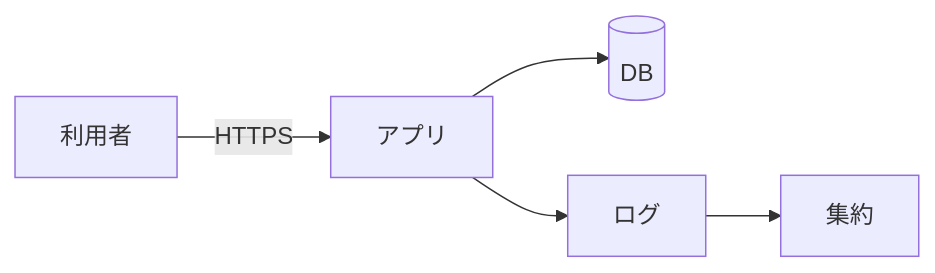
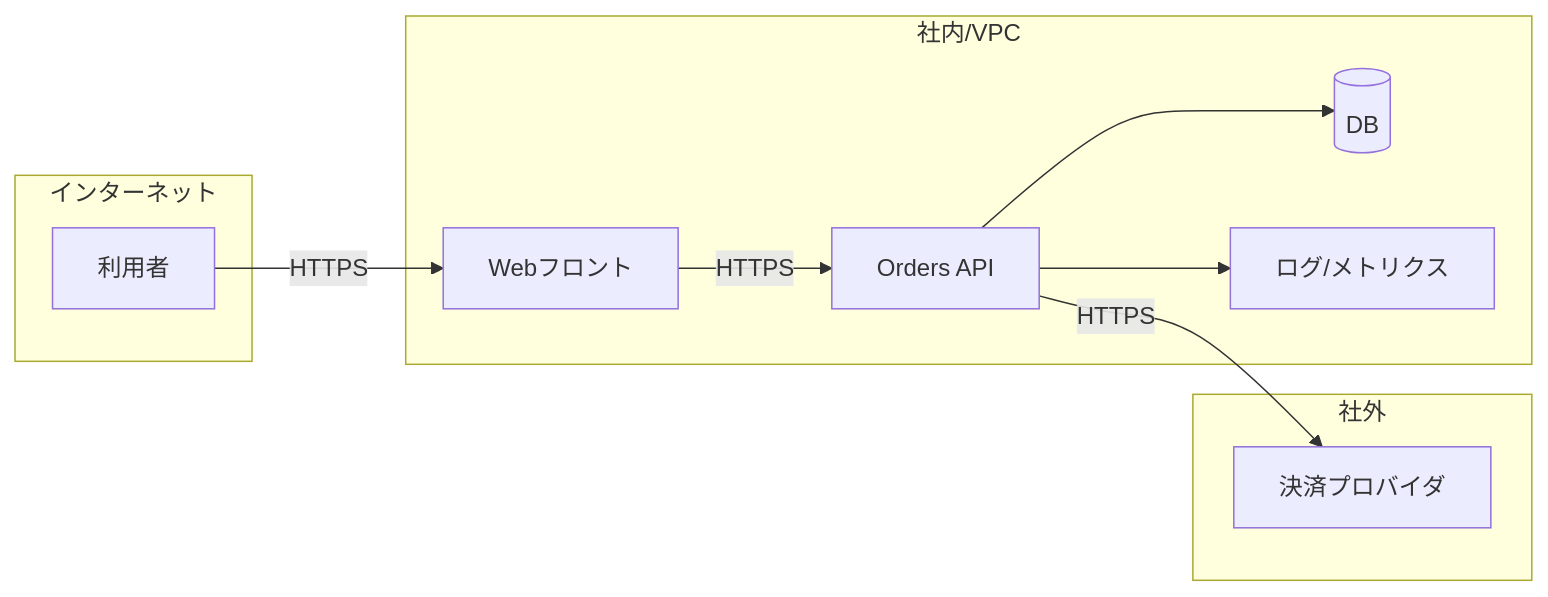
One commit to itdojp/engineering-documentation-book changed the first of 3 diagrams in docs/chapters/chapter-05/index.md. Above: the diagram before and after it, drawn with Mermaid. The commit also changed other lines of this file and 14 other files, not shown here.

Commit message:
docs: add examples set and refine templates/diagrams (#14)

````diff
--- a/docs/chapters/chapter-05/index.md
+++ b/docs/chapters/chapter-05/index.md
@@ -43,7 +45,23 @@
 ```mermaid
 flowchart LR
-  User[利用者] -->|HTTPS| App[アプリ]
-  App --> DB[(DB)]
-  App --> Log[ログ]
-  Log --> SIEM[集約]
+  subgraph Internet[インターネット]
+    User[利用者]
+  end
+
+  subgraph VPC[社内/VPC]
+    Web[Webフロント]
+    API[Orders API]
+    DB[(DB)]
+    Obs[ログ/メトリクス]
+  end
+
+  subgraph External[社外]
+    Pay[決済プロバイダ]
+  end
+
+  User -->|HTTPS| Web
+  Web -->|HTTPS| API
+  API --> DB
+  API -->|HTTPS| Pay
+  API --> Obs
 ```
````
